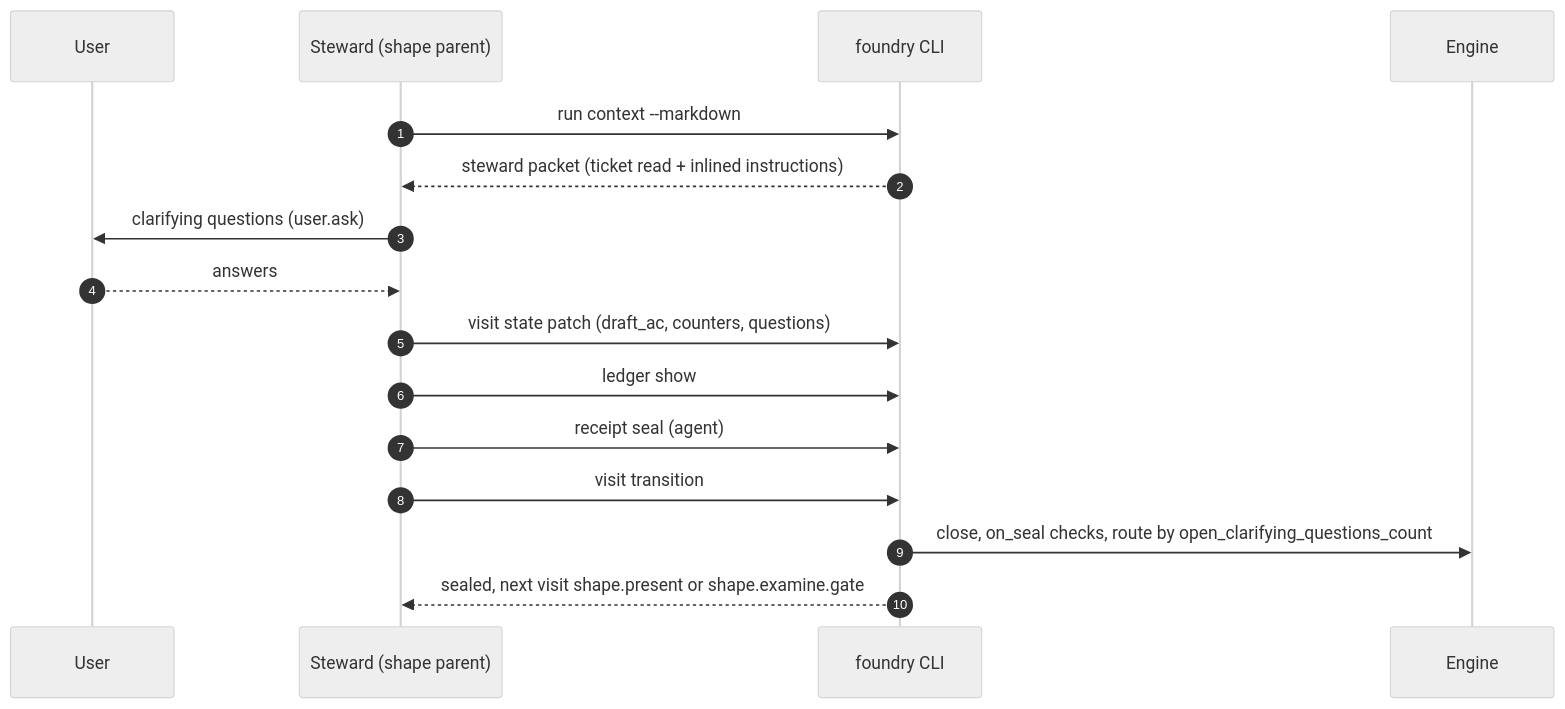
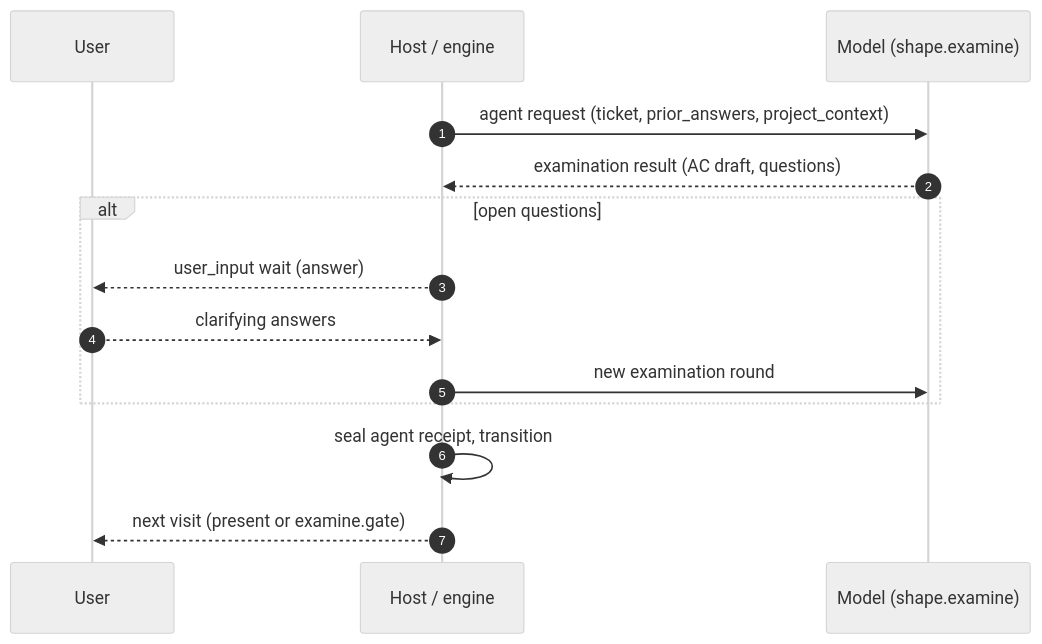
The second of 2 diagrams in docs/nodes/shape.examine.md (burtlo/foundry), drawn with Mermaid (neutral theme) before and after one commit. The commit also changed other lines of this file and 123 other files, not shown here.

````diff
--- a/docs/nodes/shape.examine.md
+++ b/docs/nodes/shape.examine.md
@@ -66,20 +66,17 @@
 ```mermaid
 sequenceDiagram
   autonumber
   participant U as User
-  participant S as Steward (shape parent)
-  participant CLI as foundry CLI
-  participant E as Engine
+  participant H as Host / engine
+  participant M as Model (shape.examine)
 
-  S->>CLI: run context --markdown
-  CLI-->>S: steward packet (ticket read + inlined instructions)
-
-  S->>U: clarifying questions (user.ask)
-  U-->>S: answers
-  S->>CLI: visit state patch (draft_ac, counters, questions)
-  S->>CLI: ledger show
-  S->>CLI: receipt seal (agent)
-  S->>CLI: visit transition
-  CLI->>E: close, on_seal checks, route by open_clarifying_questions_count
-  CLI-->>S: sealed, next visit shape.present or shape.examine.gate
+  H->>M: agent request (ticket, prior_answers, project_context)
+  M-->>H: examination result (AC draft, questions)
+  alt open questions
+    H-->>U: user_input wait (answer)
+    U-->>H: clarifying answers
+    H->>M: new examination round
+  end
+  H->>H: seal agent receipt, transition
+  H-->>U: next visit (present or examine.gate)
 ```
````
